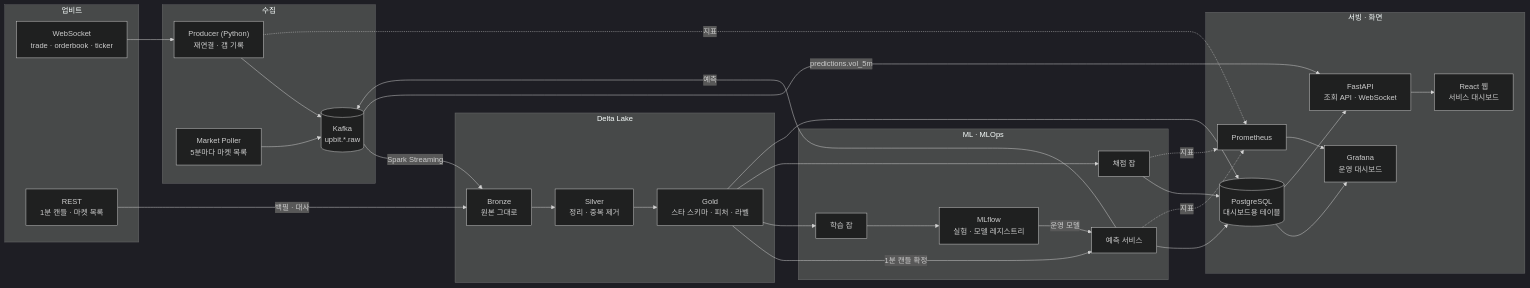
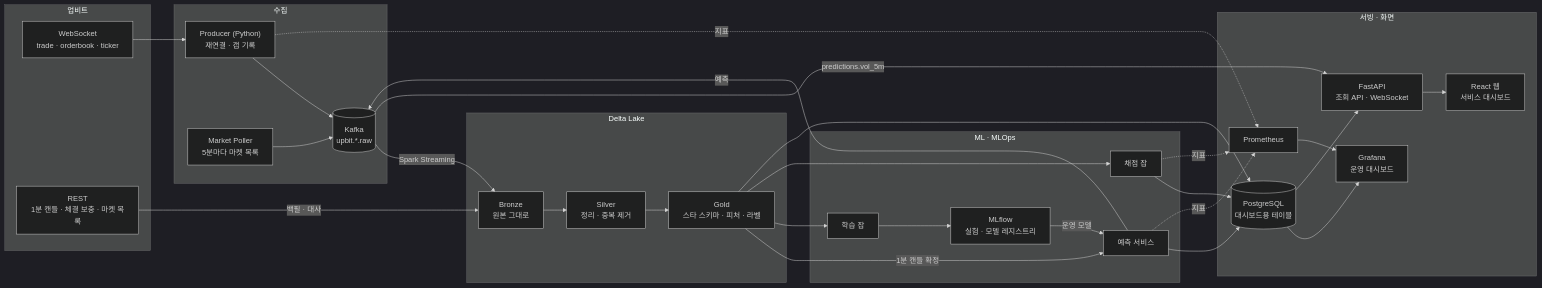
Before and after one commit to wonju0516/upbit-data-platform: the first of 3 diagrams in docs/03_시스템아키텍처.md, drawn with Mermaid (dark theme). The commit also changed other lines of this file and 9 other files, not shown here.

````diff
--- a/docs/03_시스템아키텍처.md
+++ b/docs/03_시스템아키텍처.md
@@ -19,46 +19,46 @@
 ```mermaid
 flowchart LR
   subgraph SRC["업비트"]
     WS["WebSocket<br/>trade · orderbook · ticker"]
-    REST["REST<br/>1분 캔들 · 마켓 목록"]
+    REST["REST<br/>1분 캔들 · 체결 보충 · 마켓 목록"]
   end
   subgraph ING["수집"]
     P["Producer (Python)<br/>재연결 · 갭 기록"]
     MP["Market Poller<br/>5분마다 마켓 목록"]
     K[("Kafka<br/>upbit.*.raw")]
   end
   subgraph LAKE["Delta Lake"]
     B["Bronze<br/>원본 그대로"]
     S["Silver<br/>정리 · 중복 제거"]
     G["Gold<br/>스타 스키마 · 피처 · 라벨"]
   end
   subgraph ML["ML · MLOps"]
     TR["학습 잡"]
     REG["MLflow<br/>실험 · 모델 레지스트리"]
     PS["예측 서비스"]
     SC["채점 잡"]
   end
   subgraph SERVE["서빙 · 화면"]
     PG[("PostgreSQL<br/>대시보드용 테이블")]
     PR["Prometheus"]
     GF["Grafana<br/>운영 대시보드"]
     API["FastAPI<br/>조회 API · WebSocket"]
     WEB["React 웹<br/>서비스 대시보드"]
   end
   WS --> P --> K
   MP --> K
   K -- "Spark Streaming" --> B --> S --> G
   REST -- "백필 · 대사" --> B
   G -- "1분 캔들 확정" --> PS
   REG -- "운영 모델" --> PS
   PS -- "예측" --> K
   PS --> PG
   G --> TR --> REG
   G --> SC --> PG
   G --> PG
   P & PS & SC -. "지표" .-> PR
   PG & PR --> GF
   PG --> API
   K -- "predictions.vol_5m" --> API
   API --> WEB
 ```
````
